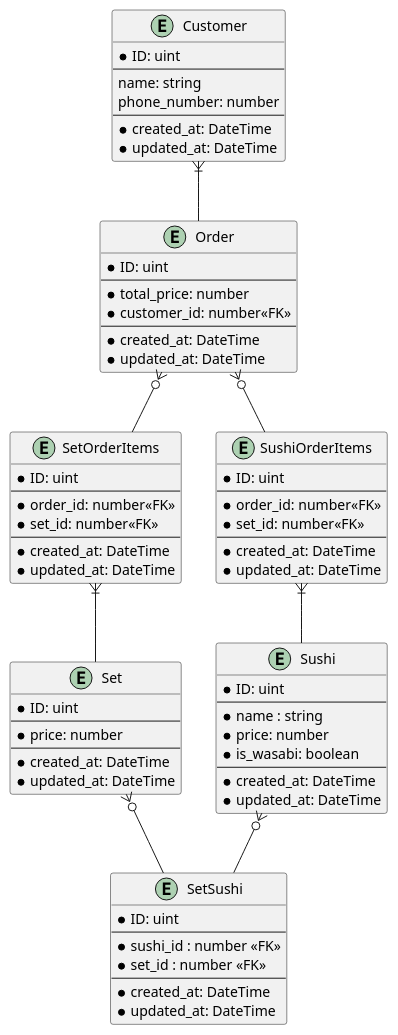
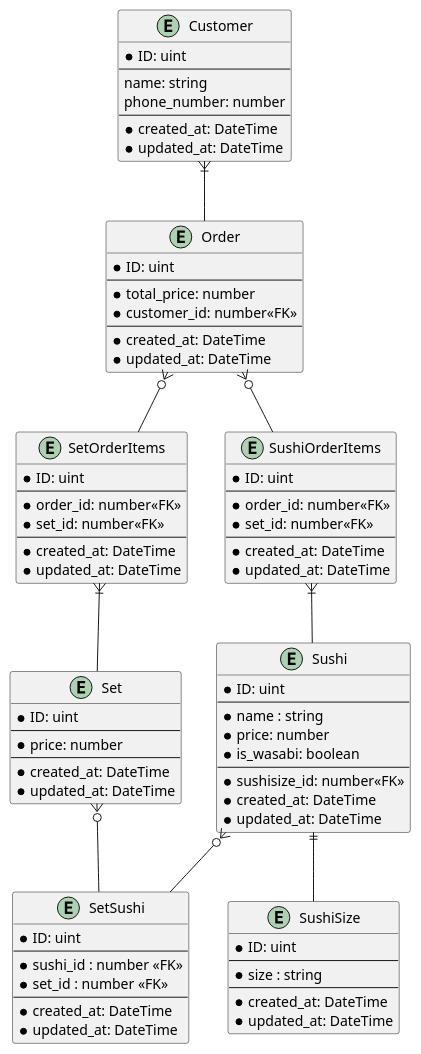
One commit to K-Sato1995/praha-bc changed the diagram in db1/sushi.pu. Above: the diagram before and after it, drawn with PlantUML.

Commit message:
Add sushisize

```diff
--- a/db1/sushi.pu
+++ b/db1/sushi.pu
@@ -1,81 +1,92 @@
 @startuml
 entity Sushi {
   * ID: uint
   --
   * name : string
   * price: number
   * is_wasabi: boolean
+  --
+  * sushisize_id: number<<FK>>
+  * created_at: DateTime
+  * updated_at: DateTime
+}
+
+entity SushiSize {
+  * ID: uint
+  --
+  * size : string
   --
   * created_at: DateTime
   * updated_at: DateTime
 }
 
 entity Set {
   * ID: uint
   --
   * price: number
   --
   * created_at: DateTime
   * updated_at: DateTime
 }
 
 entity SetSushi {
   * ID: uint
   --
   * sushi_id : number <<FK>>
   * set_id : number <<FK>>
   --
   * created_at: DateTime
   * updated_at: DateTime
 }
 
 entity Order {
   * ID: uint
   --
   * total_price: number
   * customer_id: number<<FK>>
   --
   * created_at: DateTime
   * updated_at: DateTime
 }
 
 entity SetOrderItems {
   * ID: uint
   --
   * order_id: number<<FK>>
   * set_id: number<<FK>>
   --
   * created_at: DateTime
   * updated_at: DateTime
 }
 
 entity SushiOrderItems {
   * ID: uint
   --
   * order_id: number<<FK>>
   * set_id: number<<FK>>
   --
   * created_at: DateTime
   * updated_at: DateTime
 }
 
 entity Customer {
   * ID: uint
   --
   name: string
   phone_number: number
   --
   * created_at: DateTime
   * updated_at: DateTime
 }
 
 Sushi }o-- SetSushi
+Sushi ||-- SushiSize
 Set }o-- SetSushi
 
 Customer }|-- Order
 Order }o-- SetOrderItems
 Order }o-- SushiOrderItems
 
 SetOrderItems }|-- Set
 SushiOrderItems }|-- Sushi
 @enduml
```
